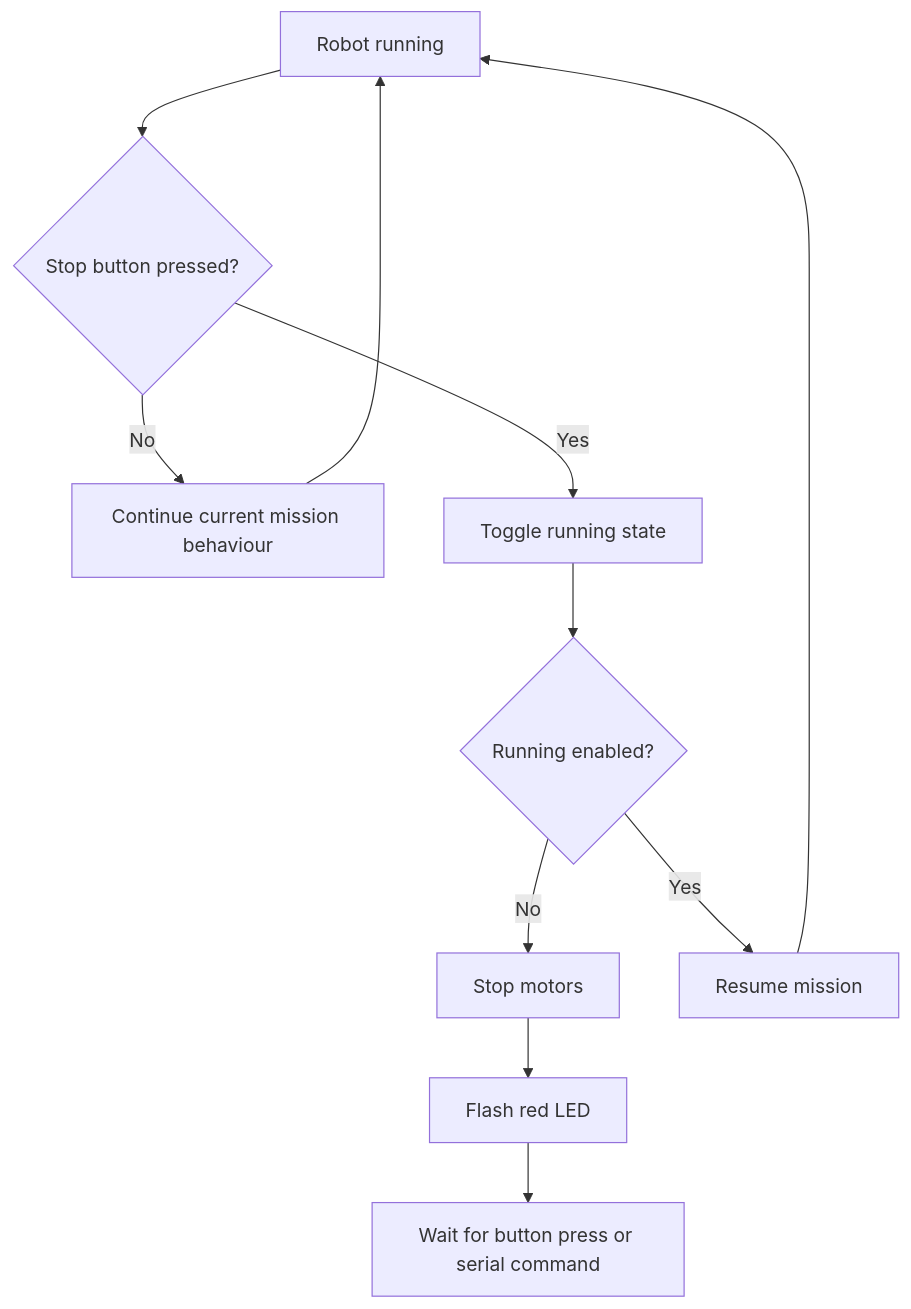
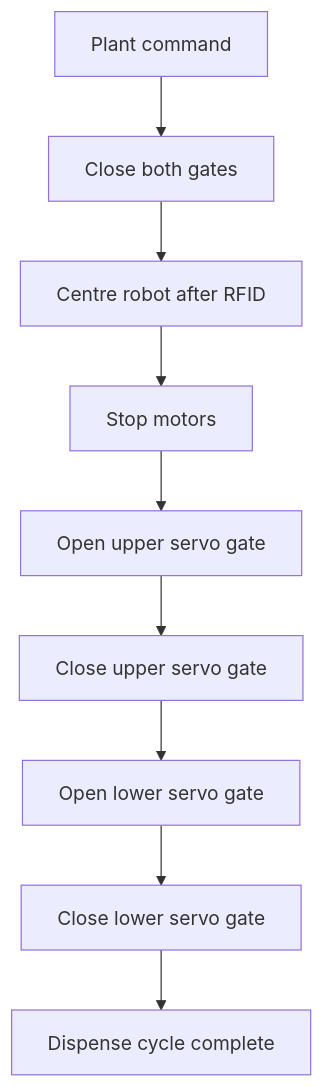
Before and after one commit to Nolanyu99/term3_robot: diagram 11 of 14 in README.md, drawn with Mermaid. The commit also changed other lines of this file, not shown here.

````diff
--- a/README.md
+++ b/README.md
@@ -435,17 +696,11 @@
 ```mermaid
 flowchart TD
-    A[Robot running] --> B{Stop button pressed?}
-
-    B -->|No| C[Continue current mission behaviour]
-    C --> A
-
-    B -->|Yes| D[Toggle running state]
-    D --> E{Running enabled?}
-
-    E -->|No| F[Stop motors]
-    F --> G[Flash red LED]
-    G --> H[Wait for button press or serial command]
-
-    E -->|Yes| I[Resume mission]
-    I --> A
+    A[Plant command] --> B[Close both gates]
+    B --> C[Centre robot after RFID]
+    C --> D[Stop motors]
+    D --> E[Open upper servo gate]
+    E --> F[Close upper servo gate]
+    F --> G[Open lower servo gate]
+    G --> H[Close lower servo gate]
+    H --> I[Dispense cycle complete]
 ```
````
